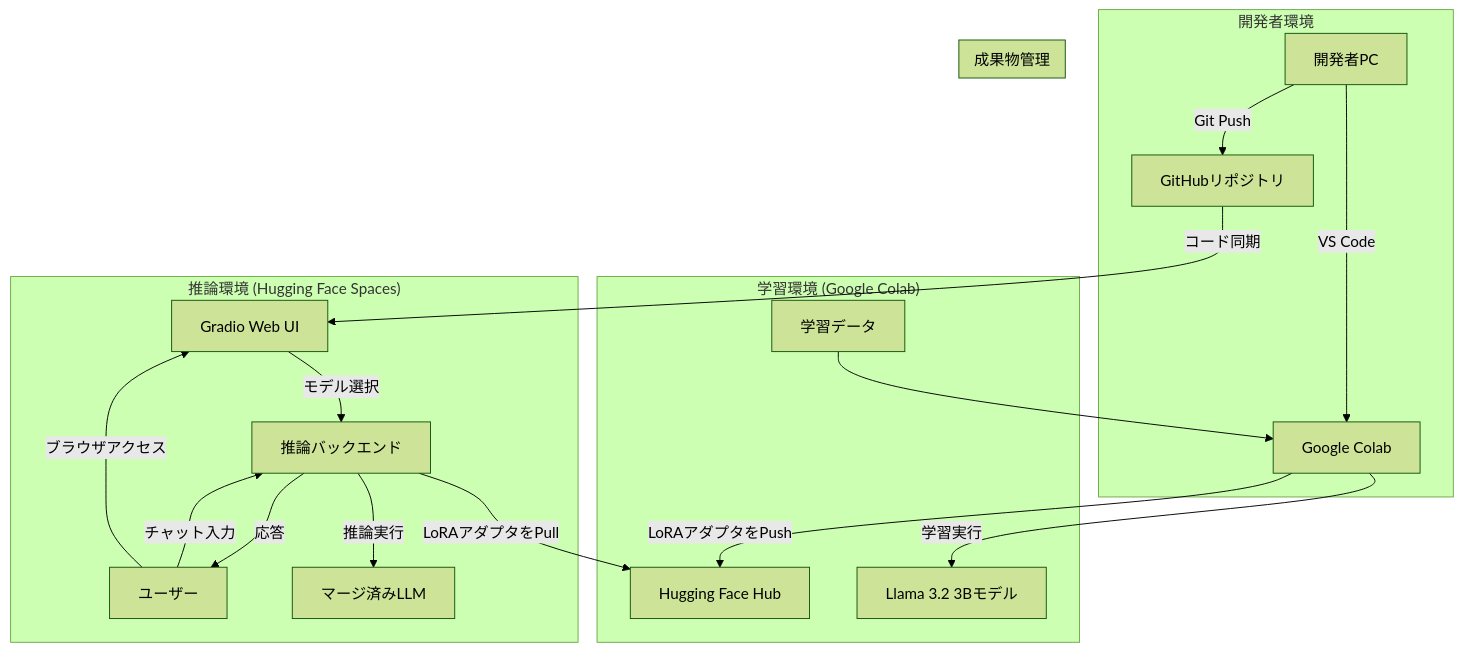
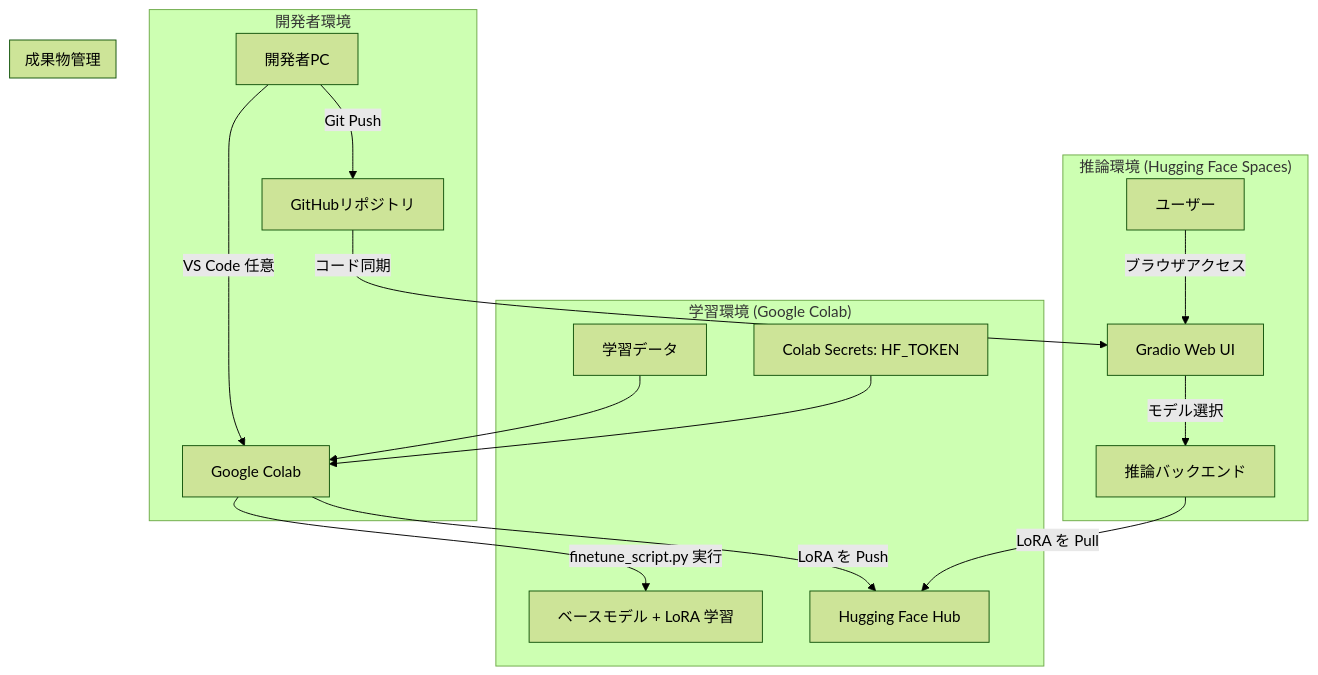
The diagram in documents/システムアーキテクチャ.md (TsutsujiStudyTeam/llm-model-generation), drawn with Mermaid (forest theme) before and after one commit. The commit also changed other lines of this file and 9 other files, not shown here.

````diff
--- a/documents/システムアーキテクチャ.md
+++ b/documents/システムアーキテクチャ.md
@@ -9,29 +9,27 @@
 ```mermaid
 graph TD
     subgraph "開発者環境"
-        A[開発者PC] -- VS Code --> B[Google Colab];
+        A[開発者PC] -- VS Code 任意 --> B[Google Colab];
         A -- Git Push --> C[GitHubリポジトリ];
     end
 
     subgraph "学習環境 (Google Colab)"
-        B -- 学習実行 --> D[Llama 3.2 3Bモデル];
-        B -- LoRAアダプタをPush --> E[Hugging Face Hub];
+        B -- finetune_script.py 実行 --> D[ベースモデル + LoRA 学習];
+        B -- LoRA を Push --> E[Hugging Face Hub];
         F[学習データ] --> B;
+        S[Colab Secrets: HF_TOKEN] --> B;
     end
 
     subgraph "成果物管理"
         C;
         E;
     end
 
     subgraph "推論環境 (Hugging Face Spaces)"
         G[Gradio Web UI] -- モデル選択 --> H[推論バックエンド];
-        H -- LoRAアダプタをPull --> E;
-        H -- 推論実行 --> I[マージ済みLLM];
+        H -- LoRA を Pull --> E;
         J[ユーザー] -- ブラウザアクセス --> G;
-        J -- チャット入力 --> H;
-        H -- 応答 --> J;
     end
 
     C -- コード同期 --> G;
 ```
````
